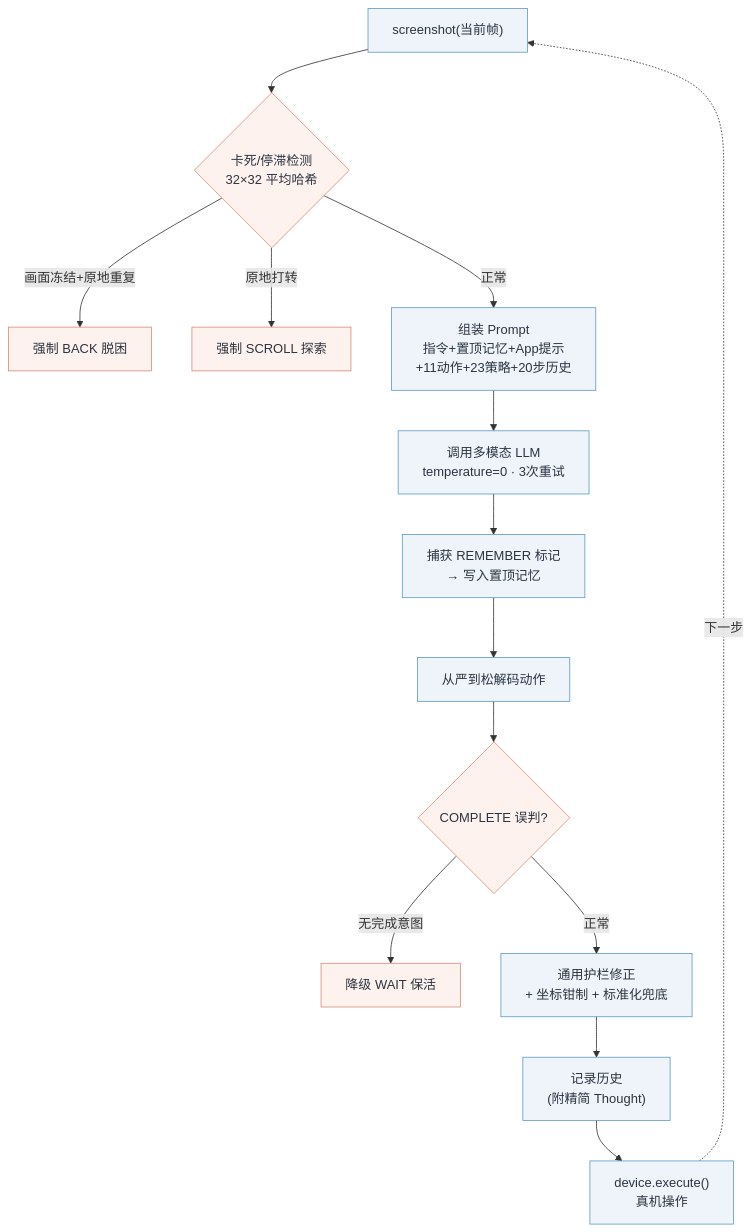
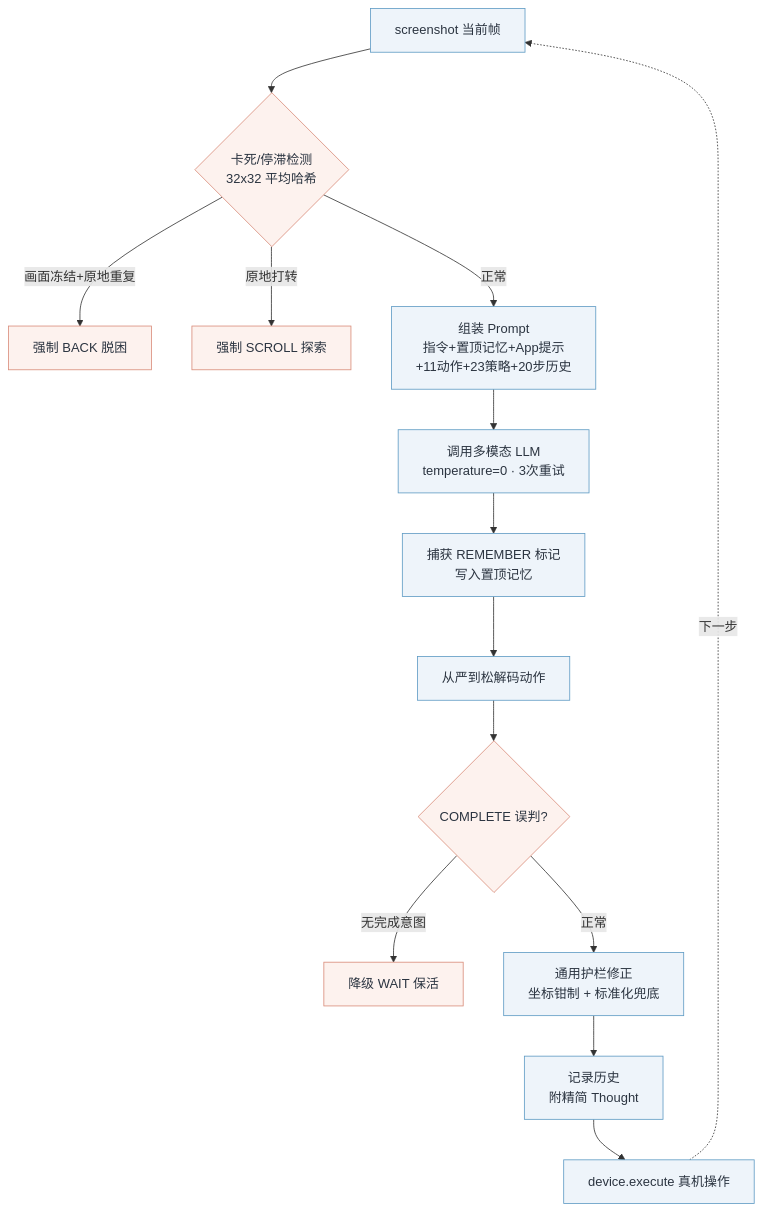
One commit to UAVLLMs/GUI-Agent changed the second of 3 diagrams in README.md. Above: the diagram before and after it, drawn with Mermaid. The commit also changed other lines of this file, not shown here.

Commit message:
fix: 修复 README Mermaid 流程图渲染问题（边标签改用 pipe 语法）

````diff
--- a/README.md
+++ b/README.md
@@ -141,21 +141,21 @@
 ```mermaid
 flowchart TD
-    A["screenshot(当前帧)"] --> B{"卡死/停滞检测<br/>32×32 平均哈希"}
-    B -- "画面冻结+原地重复" --> G1["强制 BACK 脱困"]
-    B -- "原地打转" --> G2["强制 SCROLL 探索"]
-    B -- "正常" --> C["组装 Prompt<br/>指令+置顶记忆+App提示<br/>+11动作+23策略+20步历史"]
+    A["screenshot 当前帧"] --> B{"卡死/停滞检测<br/>32x32 平均哈希"}
+    B -->|画面冻结+原地重复| G1["强制 BACK 脱困"]
+    B -->|原地打转| G2["强制 SCROLL 探索"]
+    B -->|正常| C["组装 Prompt<br/>指令+置顶记忆+App提示<br/>+11动作+23策略+20步历史"]
     C --> D["调用多模态 LLM<br/>temperature=0 · 3次重试"]
-    D --> E["捕获 REMEMBER 标记<br/>→ 写入置顶记忆"]
+    D --> E["捕获 REMEMBER 标记<br/>写入置顶记忆"]
     E --> F["从严到松解码动作"]
     F --> H{"COMPLETE 误判?"}
-    H -- "无完成意图" --> I["降级 WAIT 保活"]
-    H -- "正常" --> J["通用护栏修正<br/>+ 坐标钳制 + 标准化兜底"]
-    J --> K["记录历史<br/>(附精简 Thought)"]
-    K --> L["device.execute()<br/>真机操作"]
-    L -. 下一步 .-> A
+    H -->|无完成意图| I["降级 WAIT 保活"]
+    H -->|正常| J["通用护栏修正<br/>坐标钳制 + 标准化兜底"]
+    J --> K["记录历史<br/>附精简 Thought"]
+    K --> L["device.execute 真机操作"]
+    L -.->|下一步| A
 
     classDef d fill:#eef4fa,stroke:#5f9bc4,color:#2b3440
     classDef g fill:#fdf2ee,stroke:#d98c7a,color:#2b3440
     class A,C,D,E,F,J,K,L d
     class B,G1,G2,H,I g
 ```
````
